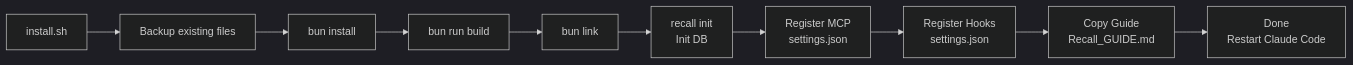
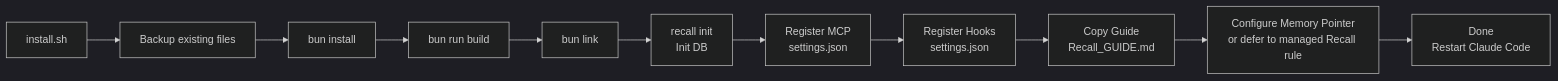
One commit to edheltzel/Recall changed the diagram in docs/installation.md. Above: the diagram before and after it, drawn with Mermaid (dark theme). The commit also changed other lines of this file and 7 other files, not shown here.

````diff
--- a/docs/installation.md
+++ b/docs/installation.md
@@ -138,12 +138,13 @@
 ```mermaid
 flowchart LR
     A[install.sh] --> B[Backup existing files]
     B --> C[bun install]
     C --> D[bun run build]
     D --> E[bun link]
     E --> F[recall init\nInit DB]
     F --> G[Register MCP\nsettings.json]
     G --> H[Register Hooks\nsettings.json]
     H --> I[Copy Guide\nRecall_GUIDE.md]
-    I --> J[Done\nRestart Claude Code]
+    I --> J[Configure Memory Pointer\nor defer to managed Recall rule]
+    J --> K[Done\nRestart Claude Code]
 ```
````
